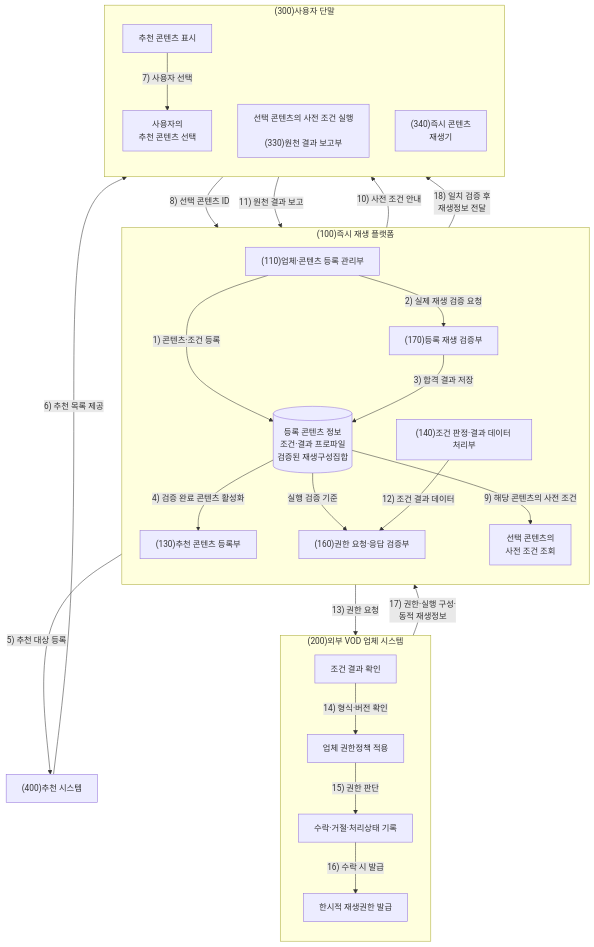
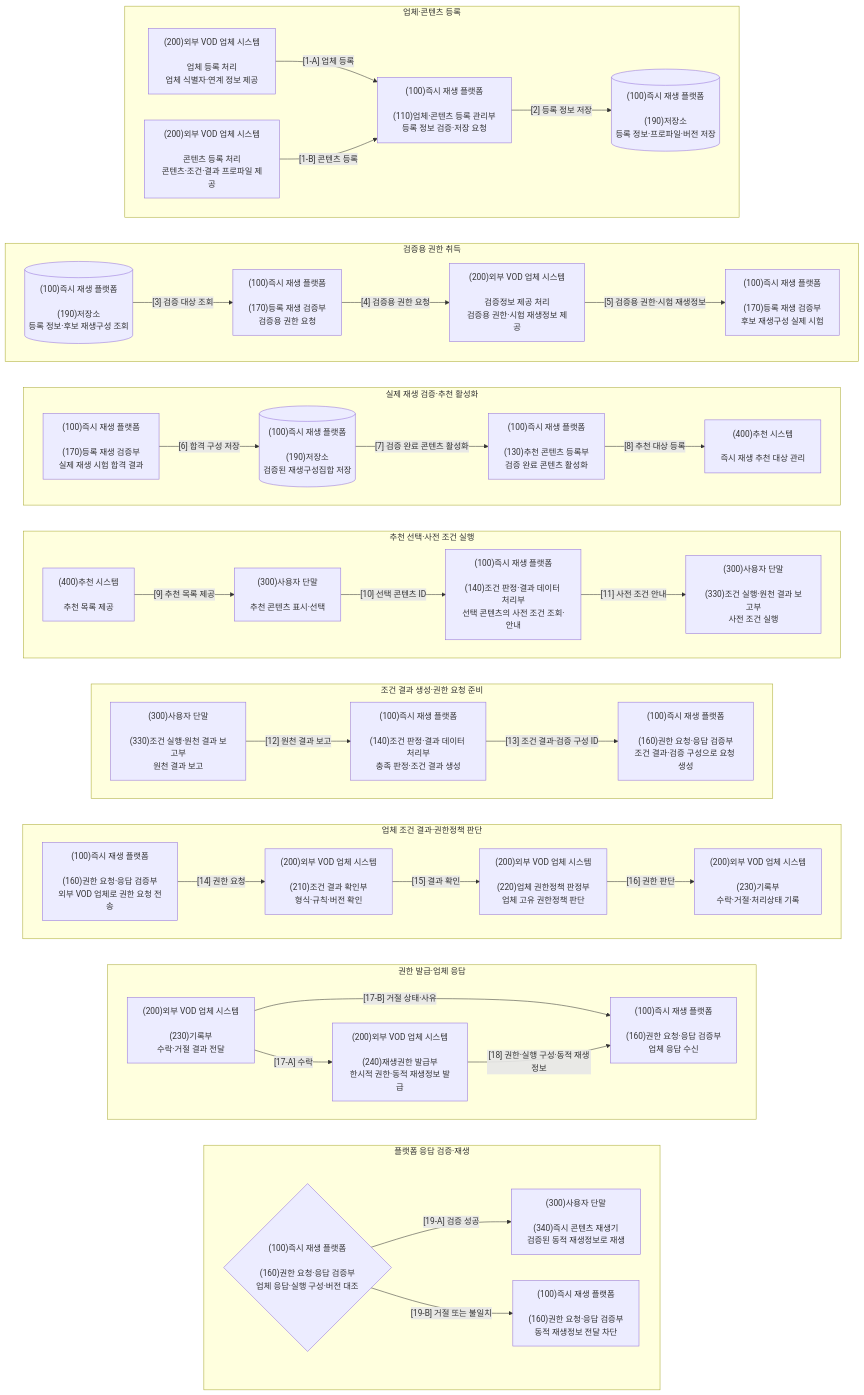
One commit to growdai1y/instant-play changed the seventh of 11 diagrams in instant_play_직무발명서_가독성개선본.md. Above: the diagram before and after it, drawn with Mermaid. The commit also changed other lines of this file and 1 other file, not shown here.

````diff
--- a/instant_play_직무발명서_가독성개선본.md
+++ b/instant_play_직무발명서_가독성개선본.md
@@ -607,52 +607,101 @@
 ```mermaid
 flowchart TB
-    subgraph P["(100)즉시 재생 플랫폼"]
-        direction TB
-        R["(110)업체·콘텐츠 등록 관리부"]
-        V["(170)등록 재생 검증부"]
-        S[("등록 콘텐츠 정보<br/>조건·결과 프로파일<br/>검증된 재생구성집합")]
-        RR["(130)추천 콘텐츠 등록부"]
-        Q["선택 콘텐츠의<br/>사전 조건 조회"]
-        C["(140)조건 판정·결과 데이터 처리부"]
-        G["(160)권한 요청·응답 검증부"]
+    subgraph REGISTRATION["업체·콘텐츠 등록"]
+        direction LR
+        PROVIDER_REG["(200)외부 VOD 업체 시스템<br/><br/>업체 등록 처리<br/>업체 식별자·연계 정보 제공"]
+        CONTENT_REG["(200)외부 VOD 업체 시스템<br/><br/>콘텐츠 등록 처리<br/>콘텐츠·조건·결과 프로파일 제공"]
+        MANAGE["(100)즉시 재생 플랫폼<br/><br/>(110)업체·콘텐츠 등록 관리부<br/>등록 정보 검증·저장 요청"]
+        REG_STORE[("(100)즉시 재생 플랫폼<br/><br/>(190)저장소<br/>등록 정보·프로파일·버전 저장")]
 
-        R -->|"1) 콘텐츠·조건 등록"| S
-        R -->|"2) 실제 재생 검증 요청"| V
-        V -->|"3) 합격 결과 저장"| S
-        S -->|"4) 검증 완료 콘텐츠 활성화"| RR
-        S -->|"실행 검증 기준"| G
+        PROVIDER_REG -->|"[1-A] 업체 등록"| MANAGE
+        CONTENT_REG -->|"[1-B] 콘텐츠 등록"| MANAGE
+        MANAGE -->|"[2] 등록 정보 저장"| REG_STORE
     end
 
-    M["(400)추천 시스템"]
+    subgraph VERIFICATION["검증용 권한 취득"]
+        direction LR
+        VERIFY_INPUT[("(100)즉시 재생 플랫폼<br/><br/>(190)저장소<br/>등록 정보·후보 재생구성 조회")]
+        VERIFY_REQUEST["(100)즉시 재생 플랫폼<br/><br/>(170)등록 재생 검증부<br/>검증용 권한 요청"]
+        PROVIDE_TEST["(200)외부 VOD 업체 시스템<br/><br/>검증정보 제공 처리<br/>검증용 권한·시험 재생정보 제공"]
+        VERIFY_RUN["(100)즉시 재생 플랫폼<br/><br/>(170)등록 재생 검증부<br/>후보 재생구성 실제 시험"]
 
-    subgraph O["(200)외부 VOD 업체 시스템"]
-        direction TB
-        O1["조건 결과 확인"]
-        O2["업체 권한정책 적용"]
-        O3["수락·거절·처리상태 기록"]
-        O4["한시적 재생권한 발급"]
-        O1 -->|"14) 형식·버전 확인"| O2
-        O2 -->|"15) 권한 판단"| O3
-        O3 -->|"16) 수락 시 발급"| O4
+        VERIFY_INPUT -->|"[3] 검증 대상 조회"| VERIFY_REQUEST
+        VERIFY_REQUEST -->|"[4] 검증용 권한 요청"| PROVIDE_TEST
+        PROVIDE_TEST -->|"[5] 검증용 권한·시험 재생정보"| VERIFY_RUN
     end
 
-    subgraph D["(300)사용자 단말"]
-        direction TB
-        D0["추천 콘텐츠 표시"]
-        DS["사용자의<br/>추천 콘텐츠 선택"]
-        D1["선택 콘텐츠의 사전 조건 실행<br/><br/>(330)원천 결과 보고부"]
-        D2["(340)즉시 콘텐츠<br/>재생기"]
-        D0 -->|"7) 사용자 선택"| DS
+    subgraph ACTIVATION["실제 재생 검증·추천 활성화"]
+        direction LR
+        VERIFY_RESULT["(100)즉시 재생 플랫폼<br/><br/>(170)등록 재생 검증부<br/>실제 재생 시험 합격 결과"]
+        VERIFIED_STORE[("(100)즉시 재생 플랫폼<br/><br/>(190)저장소<br/>검증된 재생구성집합 저장")]
+        RECOMMEND_REG["(100)즉시 재생 플랫폼<br/><br/>(130)추천 콘텐츠 등록부<br/>검증 완료 콘텐츠 활성화"]
+        RECOMMEND_READY["(400)추천 시스템<br/><br/>즉시 재생 추천 대상 관리"]
+
+        VERIFY_RESULT -->|"[6] 합격 구성 저장"| VERIFIED_STORE
+        VERIFIED_STORE -->|"[7] 검증 완료 콘텐츠 활성화"| RECOMMEND_REG
+        RECOMMEND_REG -->|"[8] 추천 대상 등록"| RECOMMEND_READY
     end
 
-    RR -->|"5) 추천 대상 등록"| M
-    M -->|"6) 추천 목록 제공"| D0
-    DS -->|"8) 선택 콘텐츠 ID"| Q
-    S -->|"9) 해당 콘텐츠의 사전 조건"| Q
-    Q -->|"10) 사전 조건 안내"| D1
-    D1 -->|"11) 원천 결과 보고"| C
-    C -->|"12) 조건 결과 데이터"| G
-    G -->|"13) 권한 요청"| O1
-    O4 -->|"17) 권한·실행 구성·<br/>동적 재생정보"| G
-    G -->|"18) 일치 검증 후<br/>재생정보 전달"| D2
+    subgraph CONDITION["추천 선택·사전 조건 실행"]
+        direction LR
+        RECOMMEND["(400)추천 시스템<br/><br/>추천 목록 제공"]
+        SELECT["(300)사용자 단말<br/><br/>추천 콘텐츠 표시·선택"]
+        PRECONDITION["(100)즉시 재생 플랫폼<br/><br/>(140)조건 판정·결과 데이터 처리부<br/>선택 콘텐츠의 사전 조건 조회·안내"]
+        EXECUTE["(300)사용자 단말<br/><br/>(330)조건 실행·원천 결과 보고부<br/>사전 조건 실행"]
+
+        RECOMMEND -->|"[9] 추천 목록 제공"| SELECT
+        SELECT -->|"[10] 선택 콘텐츠 ID"| PRECONDITION
+        PRECONDITION -->|"[11] 사전 조건 안내"| EXECUTE
+    end
+
+    subgraph RESULT_REQUEST["조건 결과 생성·권한 요청 준비"]
+        direction LR
+        EXECUTION_RESULT["(300)사용자 단말<br/><br/>(330)조건 실행·원천 결과 보고부<br/>원천 결과 보고"]
+        RESULT["(100)즉시 재생 플랫폼<br/><br/>(140)조건 판정·결과 데이터 처리부<br/>충족 판정·조건 결과 생성"]
+        REQUEST_CREATE["(100)즉시 재생 플랫폼<br/><br/>(160)권한 요청·응답 검증부<br/>조건 결과·검증 구성으로 요청 생성"]
+
+        EXECUTION_RESULT -->|"[12] 원천 결과 보고"| RESULT
+        RESULT -->|"[13] 조건 결과·검증 구성 ID"| REQUEST_CREATE
+    end
+
+    subgraph AUTHORIZATION["업체 조건 결과·권한정책 판단"]
+        direction LR
+        REQUEST_SEND["(100)즉시 재생 플랫폼<br/><br/>(160)권한 요청·응답 검증부<br/>외부 VOD 업체로 권한 요청 전송"]
+        RESULT_CHECK["(200)외부 VOD 업체 시스템<br/><br/>(210)조건 결과 확인부<br/>형식·규칙·버전 확인"]
+        POLICY["(200)외부 VOD 업체 시스템<br/><br/>(220)업체 권한정책 판정부<br/>업체 고유 권한정책 판단"]
+        RECORD["(200)외부 VOD 업체 시스템<br/><br/>(230)기록부<br/>수락·거절·처리상태 기록"]
+
+        REQUEST_SEND -->|"[14] 권한 요청"| RESULT_CHECK
+        RESULT_CHECK -->|"[15] 결과 확인"| POLICY
+        POLICY -->|"[16] 권한 판단"| RECORD
+    end
+
+    subgraph ISSUANCE["권한 발급·업체 응답"]
+        direction LR
+        RECORD_RESULT["(200)외부 VOD 업체 시스템<br/><br/>(230)기록부<br/>수락·거절 결과 전달"]
+        ISSUE["(200)외부 VOD 업체 시스템<br/><br/>(240)재생권한 발급부<br/>한시적 권한·동적 재생정보 발급"]
+        RESPONSE_RECEIVE["(100)즉시 재생 플랫폼<br/><br/>(160)권한 요청·응답 검증부<br/>업체 응답 수신"]
+
+        RECORD_RESULT -->|"[17-A] 수락"| ISSUE
+        RECORD_RESULT -->|"[17-B] 거절 상태·사유"| RESPONSE_RECEIVE
+        ISSUE -->|"[18] 권한·실행 구성·동적 재생정보"| RESPONSE_RECEIVE
+    end
+
+    subgraph RESPONSE_VALIDATION["플랫폼 응답 검증·재생"]
+        direction LR
+        RESPONSE{"(100)즉시 재생 플랫폼<br/><br/>(160)권한 요청·응답 검증부<br/>업체 응답·실행 구성·버전 대조"}
+        PLAYER["(300)사용자 단말<br/><br/>(340)즉시 콘텐츠 재생기<br/>검증된 동적 재생정보로 재생"]
+        BLOCK["(100)즉시 재생 플랫폼<br/><br/>(160)권한 요청·응답 검증부<br/>동적 재생정보 전달 차단"]
+
+        RESPONSE -->|"[19-A] 검증 성공"| PLAYER
+        RESPONSE -->|"[19-B] 거절 또는 불일치"| BLOCK
+    end
+
+    REGISTRATION ~~~ VERIFICATION
+    VERIFICATION ~~~ ACTIVATION
+    ACTIVATION ~~~ CONDITION
+    CONDITION ~~~ RESULT_REQUEST
+    RESULT_REQUEST ~~~ AUTHORIZATION
+    AUTHORIZATION ~~~ ISSUANCE
+    ISSUANCE ~~~ RESPONSE_VALIDATION
 ```
````
